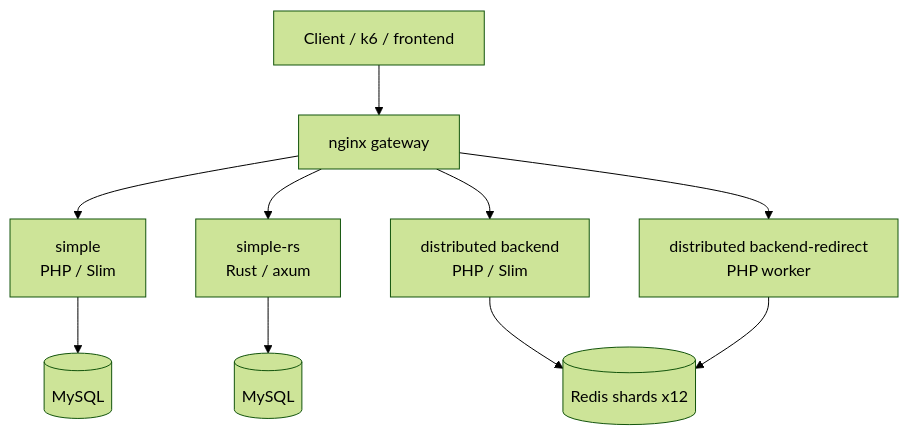
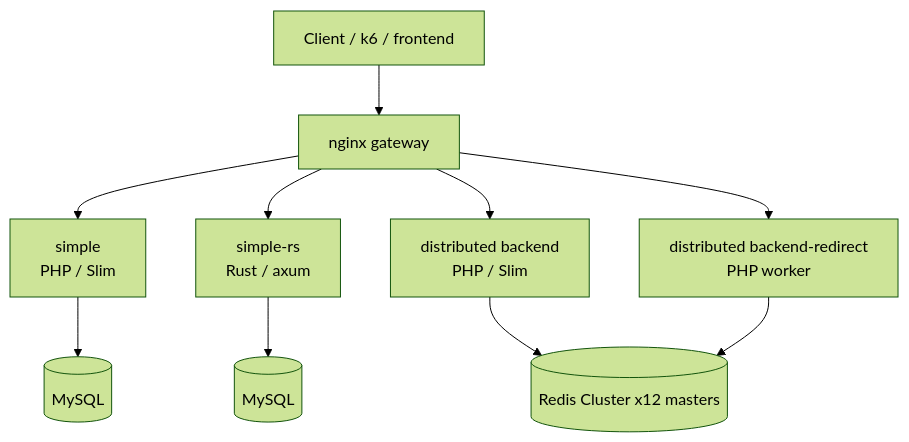
Before and after one commit to sumiredc/alias-url: the first of 3 diagrams in README.md, drawn with Mermaid (forest theme). The commit also changed other lines of this file and 27 other files, not shown here.

````diff
--- a/README.md
+++ b/README.md
@@ -7,15 +7,15 @@
 ```mermaid
 flowchart TB
     client[Client / k6 / frontend] --> gateway[nginx gateway]
 
     gateway --> simple[simple<br/>PHP / Slim]
     simple --> mysql1[(MySQL)]
 
     gateway --> rust[simple-rs<br/>Rust / axum]
     rust --> mysql2[(MySQL)]
 
     gateway --> api[distributed backend<br/>PHP / Slim]
     gateway --> redirect[distributed backend-redirect<br/>PHP worker]
-    api --> redis[(Redis shards x12)]
+    api --> redis[(Redis Cluster x12 masters)]
     redirect --> redis
 ```
````
